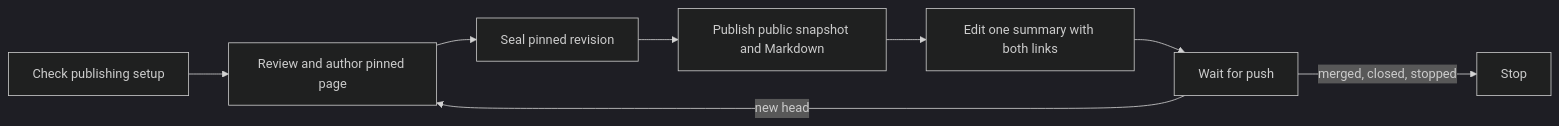
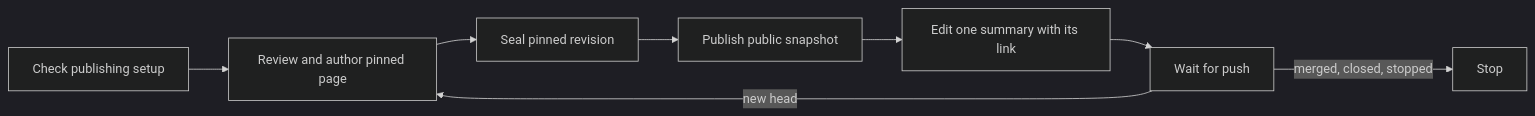
The diagram in skills/thurview-pr-review/SKILL.md (Thurbeen/thurview), drawn with Mermaid (dark theme) before and after one commit. The commit also changed other lines of this file and 38 other files, not shown here.

````diff
--- a/skills/thurview-pr-review/SKILL.md
+++ b/skills/thurview-pr-review/SKILL.md
@@ -20,10 +20,10 @@
 ```mermaid
 flowchart LR
   P[Check publishing setup] --> R[Review and author pinned page]
   R --> L[Seal pinned revision]
-  L --> C[Publish public snapshot and Markdown]
-  C --> S[Edit one summary with both links]
+  L --> C[Publish public snapshot]
+  C --> S[Edit one summary with its link]
   S --> W[Wait for push]
   W -->|new head| R
   W -->|merged, closed, stopped| E[Stop]
 ```
````
